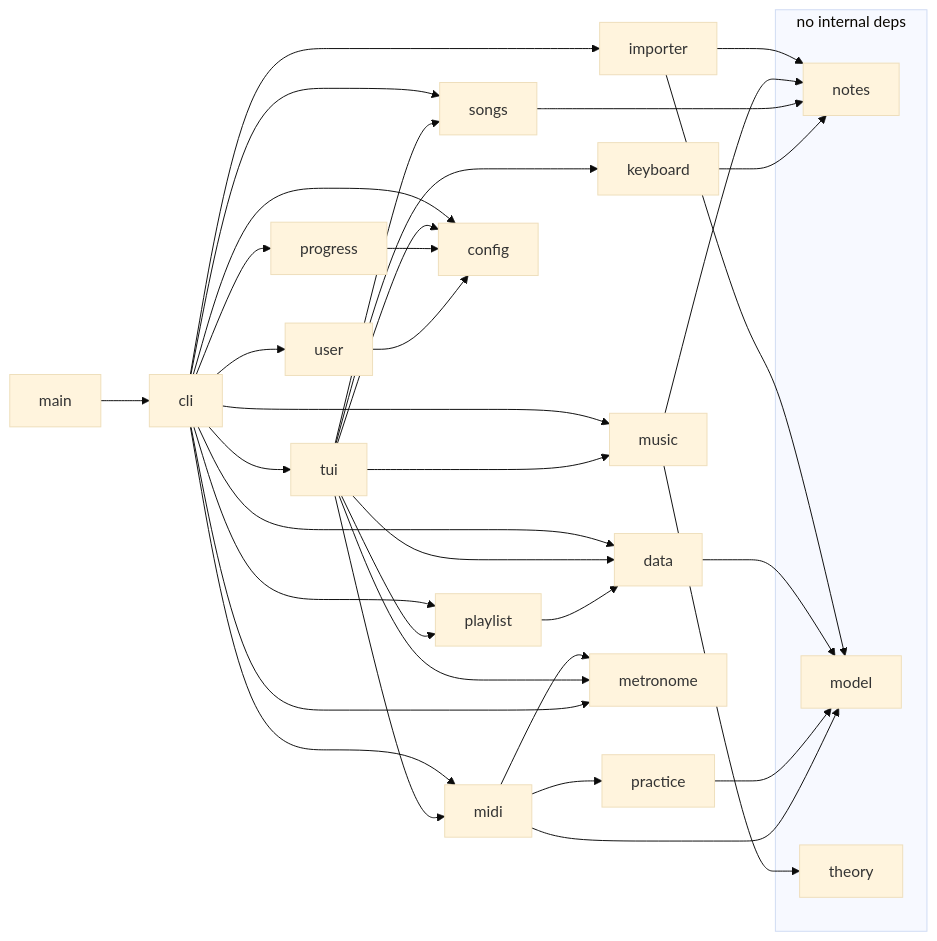
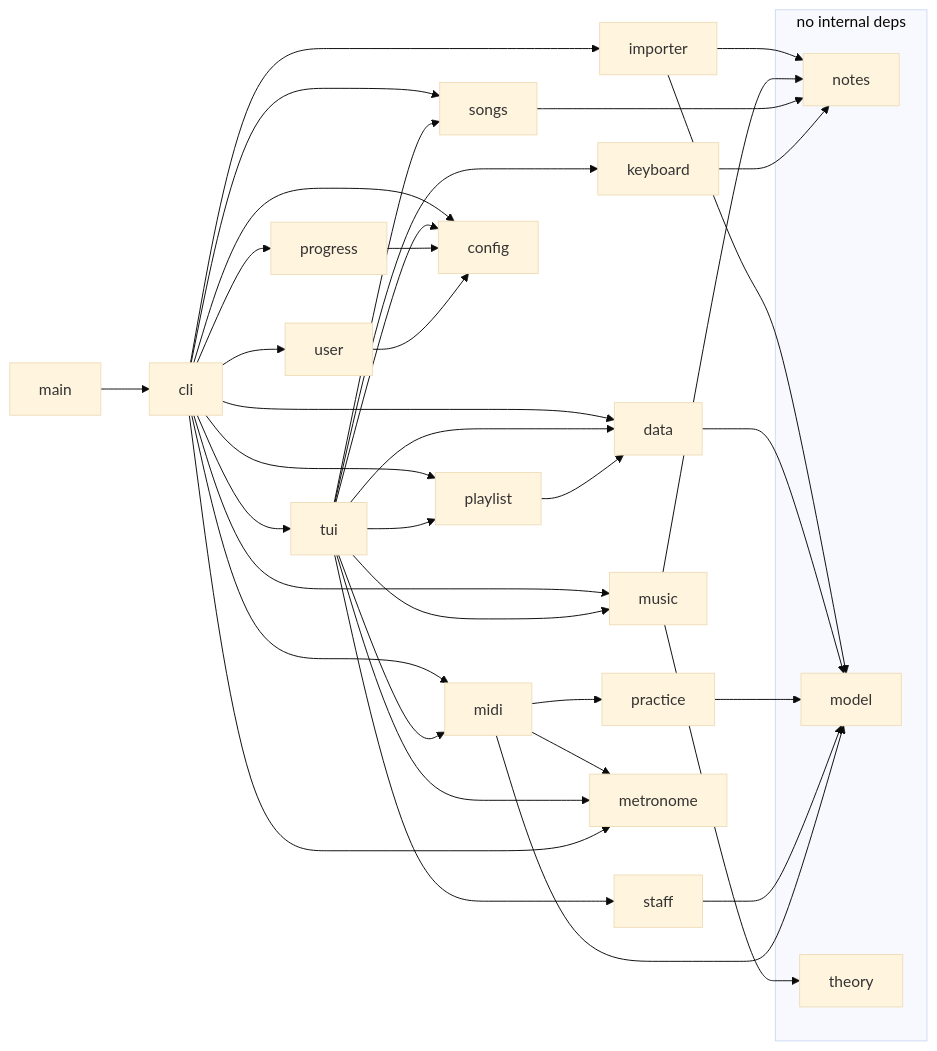
Before and after one commit to hectorMiranda/maestro: the second of 9 diagrams in docs/architecture.md, drawn with Mermaid (base theme). The commit also changed other lines of this file and 7 other files, not shown here.

````diff
--- a/docs/architecture.md
+++ b/docs/architecture.md
@@ -60,45 +60,47 @@
 ```mermaid
 flowchart LR
     main --> cli
     cli --> tui
     cli --> data
     cli --> midi
     cli --> playlist
     cli --> importer
     cli --> songs
     cli --> music
     cli --> user
     cli --> progress
     cli --> config
 
     tui --> data
     tui --> midi
     tui --> keyboard
     tui --> songs
     tui --> music
     tui --> playlist
     tui --> config
 
     playlist --> data
     importer --> notes
     importer --> model
     data --> model
     music --> notes
     music --> theory
     songs --> notes
     practice --> model
     keyboard --> notes
+    staff --> model
     midi --> model
     midi --> practice
     midi --> metronome
     tui --> metronome
+    tui --> staff
     cli --> metronome
     progress --> config
     user --> config
 
     subgraph leaves["no internal deps"]
         notes
         theory
         model
     end
 ```
````
